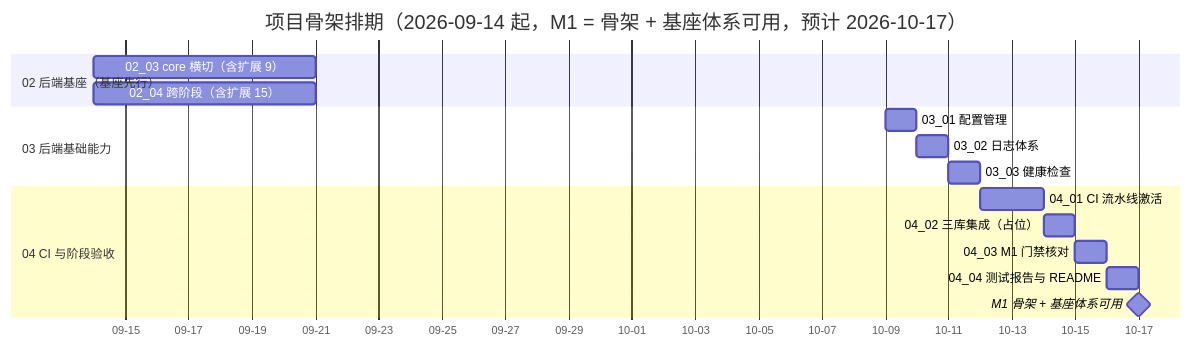
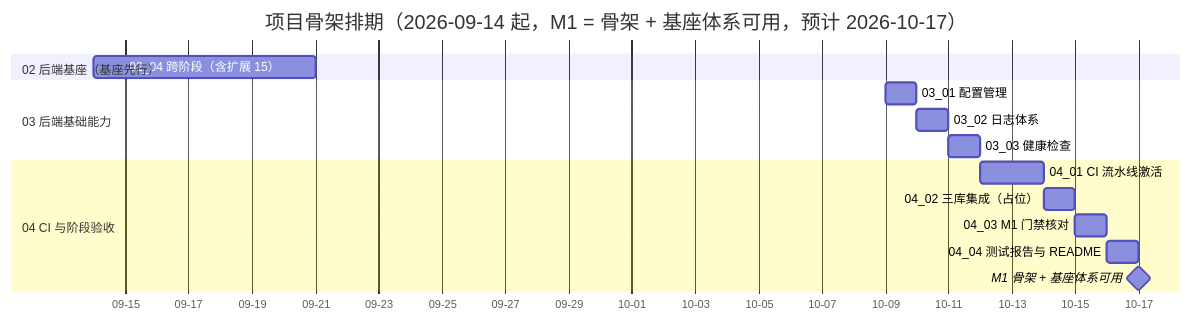
The diagram in bms文档/项目/01_项目骨架/计划/01_计划_项目骨架.md (minjian123/basic-management-system), drawn with Mermaid before and after one commit. The commit also changed other lines of this file and 1 other file, not shown here.

Commit message:
docs(02_03): core 横切基座收口（13 项全交付，移入已完成并回写计划）

````diff
--- a/bms文档/项目/01_项目骨架/计划/01_计划_项目骨架.md
+++ b/bms文档/项目/01_项目骨架/计划/01_计划_项目骨架.md
@@ -95,19 +95,18 @@
 ```mermaid
 gantt
     title 项目骨架排期（2026-09-14 起，M1 = 骨架 + 基座体系可用，预计 2026-10-17）
     dateFormat  YYYY-MM-DD
     axisFormat %m-%d
     section 02 后端基座（基座先行）
-    02_03 core 横切（含扩展 9）  :a23, 2026-09-14, 7d
     02_04 跨阶段（含扩展 15）    :a24, 2026-09-14, 7d
     section 03 后端基础能力
     03_01 配置管理         :a31, 2026-10-09, 1d
     03_02 日志体系         :a32, 2026-10-10, 1d
     03_03 健康检查         :a33, 2026-10-11, 1d
     section 04 CI 与阶段验收
     04_01 CI 流水线激活    :a41, 2026-10-12, 2d
     04_02 三库集成（占位） :a42, 2026-10-14, 1d
     04_03 M1 门禁核对      :a43, 2026-10-15, 1d
     04_04 测试报告与 README :a44, 2026-10-16, 1d
     M1 骨架 + 基座体系可用 :milestone, m1, 2026-10-17, 0d
 ```
````
